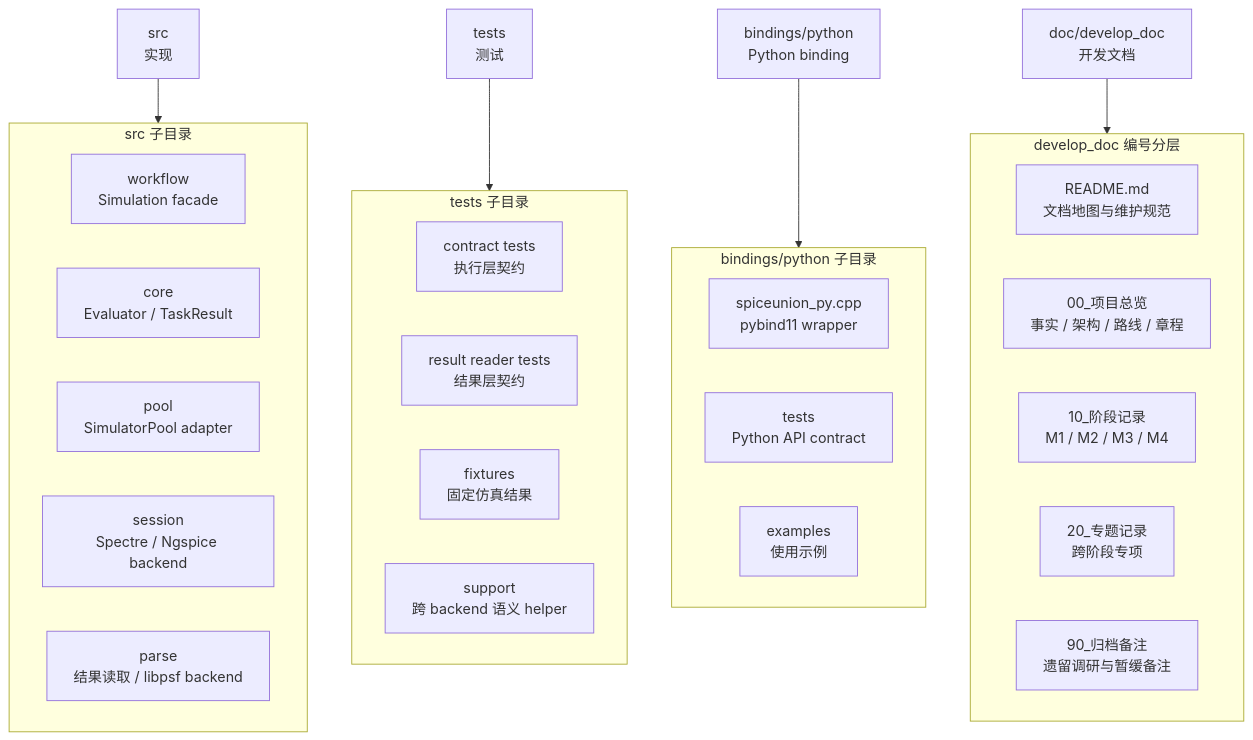
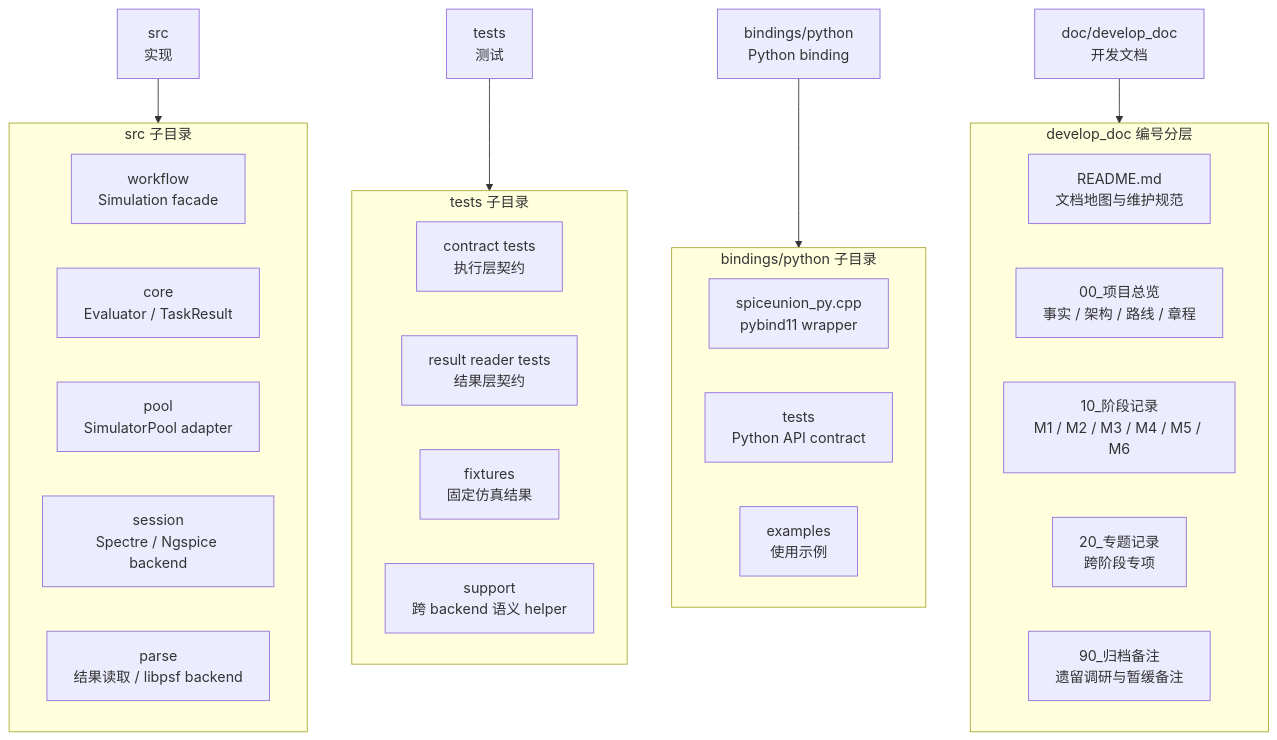
Before and after one commit to Snappersontheprowl/SPICEUnion: the sixth of 6 diagrams in doc/develop_doc/00_项目总览/02_架构总览.md, drawn with Mermaid. The commit also changed other lines of this file and 14 other files, not shown here.

````diff
--- a/doc/develop_doc/00_项目总览/02_架构总览.md
+++ b/doc/develop_doc/00_项目总览/02_架构总览.md
@@ -312,41 +312,41 @@
 ```mermaid
 flowchart TB
     Src["src<br/>实现"]
     Tests["tests<br/>测试"]
     Bindings["bindings/python<br/>Python binding"]
     Docs["doc/develop_doc<br/>开发文档"]
 
     subgraph SrcDirs["src 子目录"]
         WorkflowSrc["workflow<br/>Simulation facade"]
         CoreSrc["core<br/>Evaluator / TaskResult"]
         PoolSrc["pool<br/>SimulatorPool adapter"]
         SessionSrc["session<br/>Spectre / Ngspice backend"]
         ParseSrc["parse<br/>结果读取 / libpsf backend"]
     end
 
     subgraph TestDirs["tests 子目录"]
         ContractTests["contract tests<br/>执行层契约"]
         ResultTests["result reader tests<br/>结果层契约"]
         FixtureTests["fixtures<br/>固定仿真结果"]
         SemanticTests["support<br/>跨 backend 语义 helper"]
     end
 
     subgraph PyDirs["bindings/python 子目录"]
         PyCpp["spiceunion_py.cpp<br/>pybind11 wrapper"]
         PyTests["tests<br/>Python API contract"]
         PyExamples["examples<br/>使用示例"]
     end
 
     subgraph DocFiles["develop_doc 编号分层"]
         DocRoot["README.md<br/>文档地图与维护规范"]
         Overview["00_项目总览<br/>事实 / 架构 / 路线 / 章程"]
-        Milestones["10_阶段记录<br/>M1 / M2 / M3 / M4"]
+        Milestones["10_阶段记录<br/>M1 / M2 / M3 / M4 / M5 / M6"]
         Topics["20_专题记录<br/>跨阶段专项"]
         Archive["90_归档备注<br/>遗留调研与暂缓备注"]
     end
 
     Src --> SrcDirs
     Tests --> TestDirs
     Bindings --> PyDirs
     Docs --> DocFiles
 ```
````
